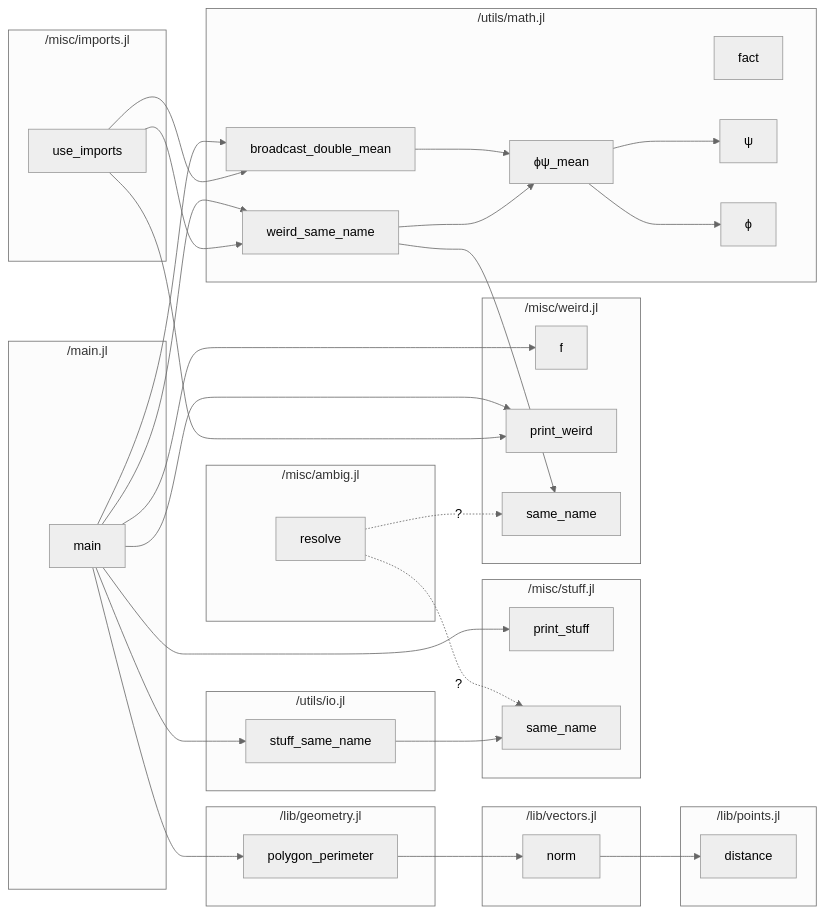
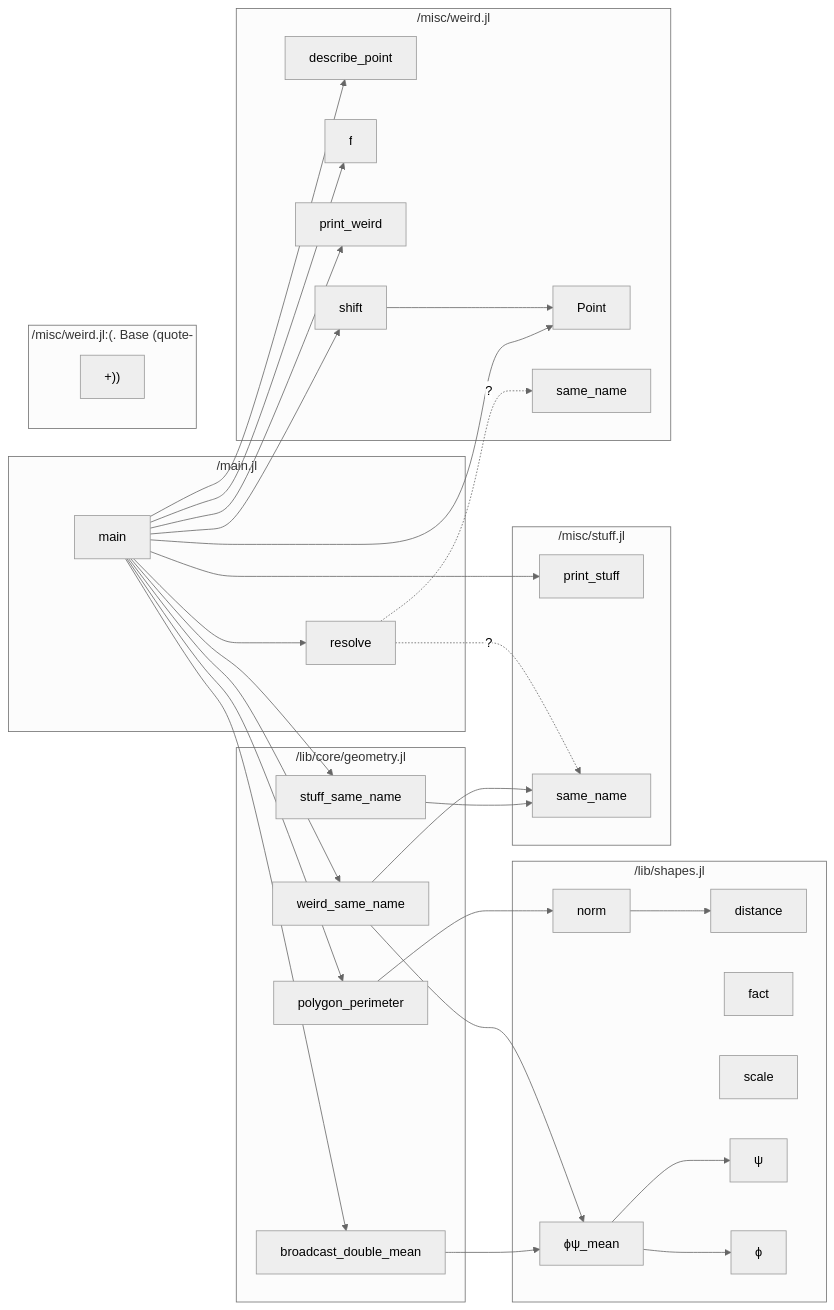
One commit to t-garin/MermaidCallGraph.jl changed the diagram in test/expected_test_repo.md. Above: the diagram before and after it, drawn with Mermaid (neutral theme). The commit also changed 12 other files, not shown here.

````diff
--- a/test/expected_test_repo.md
+++ b/test/expected_test_repo.md
@@ -1,61 +1,59 @@
 ```mermaid
 flowchart LR
-    subgraph "/lib/geometry.jl"
-        _lib_geometry_jl_polygon_perimeter["polygon_perimeter"]
+    subgraph "/lib/core/geometry.jl"
+        _lib_core_geometry_jl_broadcast_double_mean["broadcast_double_mean"]
+        _lib_core_geometry_jl_polygon_perimeter["polygon_perimeter"]
+        _lib_core_geometry_jl_stuff_same_name["stuff_same_name"]
+        _lib_core_geometry_jl_weird_same_name["weird_same_name"]
     end
-    subgraph "/lib/points.jl"
-        _lib_points_jl_distance["distance"]
-    end
-    subgraph "/lib/vectors.jl"
-        _lib_vectors_jl_norm["norm"]
+    subgraph "/lib/shapes.jl"
+        _lib_shapes_jl_distance["distance"]
+        _lib_shapes_jl_fact["fact"]
+        _lib_shapes_jl_norm["norm"]
+        _lib_shapes_jl_scale["scale"]
+        _lib_shapes_jl_u3c8["ψ"]
+        _lib_shapes_jl_u3d5["ϕ"]
+        _lib_shapes_jl_u3d5u3c8_mean["ϕψ_mean"]
     end
     subgraph "/main.jl"
         _main_jl_main["main"]
-    end
-    subgraph "/misc/ambig.jl"
-        _misc_ambig_jl_resolve["resolve"]
-    end
-    subgraph "/misc/imports.jl"
-        _misc_imports_jl_use_imports["use_imports"]
+        _main_jl_resolve["resolve"]
     end
     subgraph "/misc/stuff.jl"
         _misc_stuff_jl_print_stuff["print_stuff"]
         _misc_stuff_jl_same_name["same_name"]
     end
     subgraph "/misc/weird.jl"
+        _misc_weird_jl_Point["Point"]
+        _misc_weird_jl_describe_point["describe_point"]
         _misc_weird_jl_f["f"]
         _misc_weird_jl_print_weird["print_weird"]
         _misc_weird_jl_same_name["same_name"]
+        _misc_weird_jl_shift["shift"]
     end
-    subgraph "/utils/io.jl"
-        _utils_io_jl_stuff_same_name["stuff_same_name"]
+    subgraph "/misc/weird.jl:(. Base (quote-"
+        _misc_weird_jl____Base__quote______[" +))"]
     end
-    subgraph "/utils/math.jl"
-        _utils_math_jl_broadcast_double_mean["broadcast_double_mean"]
-        _utils_math_jl_fact["fact"]
-        _utils_math_jl_weird_same_name["weird_same_name"]
-        _utils_math_jl_u3c8["ψ"]
-        _utils_math_jl_u3d5["ϕ"]
-        _utils_math_jl_u3d5u3c8_mean["ϕψ_mean"]
-    end
-    _lib_geometry_jl_polygon_perimeter --> _lib_vectors_jl_norm
-    _lib_vectors_jl_norm --> _lib_points_jl_distance
-    _main_jl_main --> _lib_geometry_jl_polygon_perimeter
+    _lib_core_geometry_jl_broadcast_double_mean --> _lib_shapes_jl_u3d5u3c8_mean
+    _lib_core_geometry_jl_polygon_perimeter --> _lib_shapes_jl_norm
+    _lib_core_geometry_jl_stuff_same_name --> _misc_stuff_jl_same_name
+    _lib_core_geometry_jl_weird_same_name --> _lib_shapes_jl_u3d5u3c8_mean
+    _lib_core_geometry_jl_weird_same_name --> _misc_stuff_jl_same_name
+    _lib_shapes_jl_norm --> _lib_shapes_jl_distance
+    _lib_shapes_jl_u3d5u3c8_mean --> _lib_shapes_jl_u3c8
+    _lib_shapes_jl_u3d5u3c8_mean --> _lib_shapes_jl_u3d5
+    _main_jl_main --> _lib_core_geometry_jl_broadcast_double_mean
+    _main_jl_main --> _lib_core_geometry_jl_polygon_perimeter
+    _main_jl_main --> _lib_core_geometry_jl_stuff_same_name
+    _main_jl_main --> _lib_core_geometry_jl_weird_same_name
+    _main_jl_main --> _main_jl_resolve
     _main_jl_main --> _misc_stuff_jl_print_stuff
+    _main_jl_main --> _misc_weird_jl_Point
+    _main_jl_main --> _misc_weird_jl_describe_point
     _main_jl_main --> _misc_weird_jl_f
     _main_jl_main --> _misc_weird_jl_print_weird
-    _main_jl_main --> _utils_io_jl_stuff_same_name
-    _main_jl_main --> _utils_math_jl_broadcast_double_mean
-    _main_jl_main --> _utils_math_jl_weird_same_name
-    _misc_ambig_jl_resolve -. ? .-> _misc_stuff_jl_same_name
-    _misc_ambig_jl_resolve -. ? .-> _misc_weird_jl_same_name
-    _misc_imports_jl_use_imports --> _misc_weird_jl_print_weird
-    _misc_imports_jl_use_imports --> _utils_math_jl_broadcast_double_mean
-    _misc_imports_jl_use_imports --> _utils_math_jl_weird_same_name
-    _utils_io_jl_stuff_same_name --> _misc_stuff_jl_same_name
-    _utils_math_jl_broadcast_double_mean --> _utils_math_jl_u3d5u3c8_mean
-    _utils_math_jl_weird_same_name --> _misc_weird_jl_same_name
-    _utils_math_jl_weird_same_name --> _utils_math_jl_u3d5u3c8_mean
-    _utils_math_jl_u3d5u3c8_mean --> _utils_math_jl_u3c8
-    _utils_math_jl_u3d5u3c8_mean --> _utils_math_jl_u3d5
+    _main_jl_main --> _misc_weird_jl_shift
+    _main_jl_resolve -. ? .-> _misc_stuff_jl_same_name
+    _main_jl_resolve -. ? .-> _misc_weird_jl_same_name
+    _misc_weird_jl_shift --> _misc_weird_jl_Point
 ```
````
